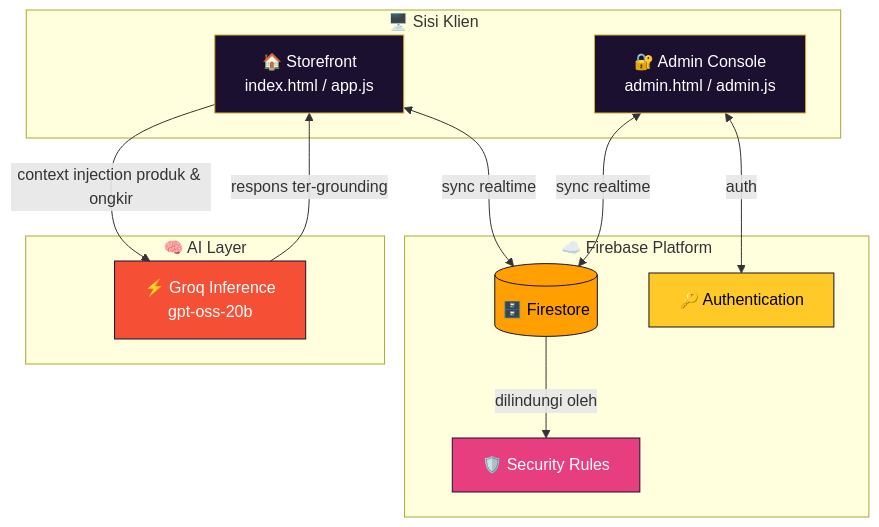
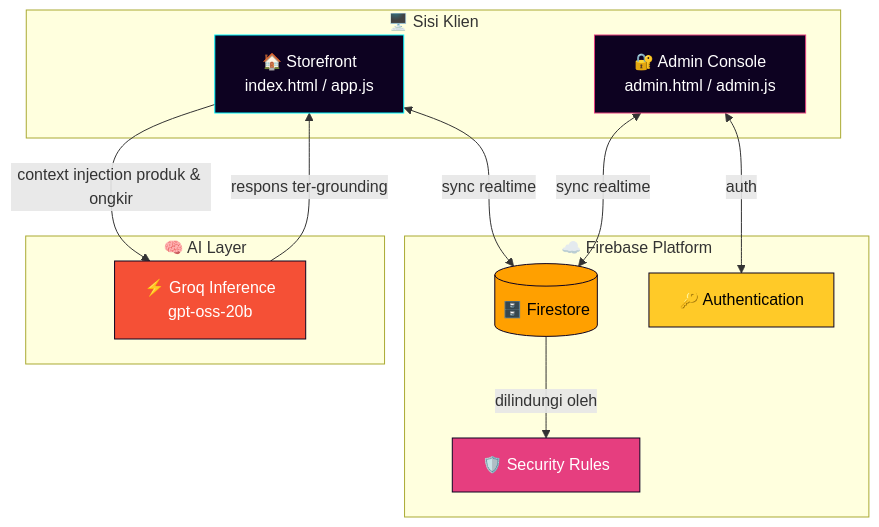
Before and after one commit to riksan762-creator/Riksan-Dropshiper: the second of 2 diagrams in README.md, drawn with Mermaid. The commit also changed other lines of this file, not shown here.

````diff
--- a/README.md
+++ b/README.md
@@ -186,31 +202,31 @@
 ```mermaid
 graph TB
     subgraph Client["🖥️ Sisi Klien"]
         A[🏠 Storefront<br/>index.html / app.js]
         B[🔐 Admin Console<br/>admin.html / admin.js]
     end
 
     subgraph Firebase["☁️ Firebase Platform"]
         C[(🗄️ Firestore)]
         D[🔑 Authentication]
         E[🛡️ Security Rules]
     end
 
     subgraph AI["🧠 AI Layer"]
         F[⚡ Groq Inference<br/>gpt-oss-20b]
     end
 
     A <--sync realtime--> C
     B <--sync realtime--> C
     B <--auth--> D
     C --dilindungi oleh--> E
     A --context injection produk & ongkir--> F
     F --respons ter-grounding--> A
 
-    style A fill:#1B1030,stroke:#D4AF37,color:#fff
-    style B fill:#1B1030,stroke:#D4AF37,color:#fff
-    style C fill:#FFA000,stroke:#1B1030,color:#000
-    style D fill:#FFCA28,stroke:#1B1030,color:#000
-    style E fill:#E63E7F,stroke:#1B1030,color:#fff
-    style F fill:#F55036,stroke:#1B1030,color:#fff
+    style A fill:#0D0221,stroke:#00F5FF,color:#fff
+    style B fill:#0D0221,stroke:#E63E7F,color:#fff
+    style C fill:#FFA000,stroke:#0D0221,color:#000
+    style D fill:#FFCA28,stroke:#0D0221,color:#000
+    style E fill:#E63E7F,stroke:#0D0221,color:#fff
+    style F fill:#F55036,stroke:#0D0221,color:#fff
 ```
````
